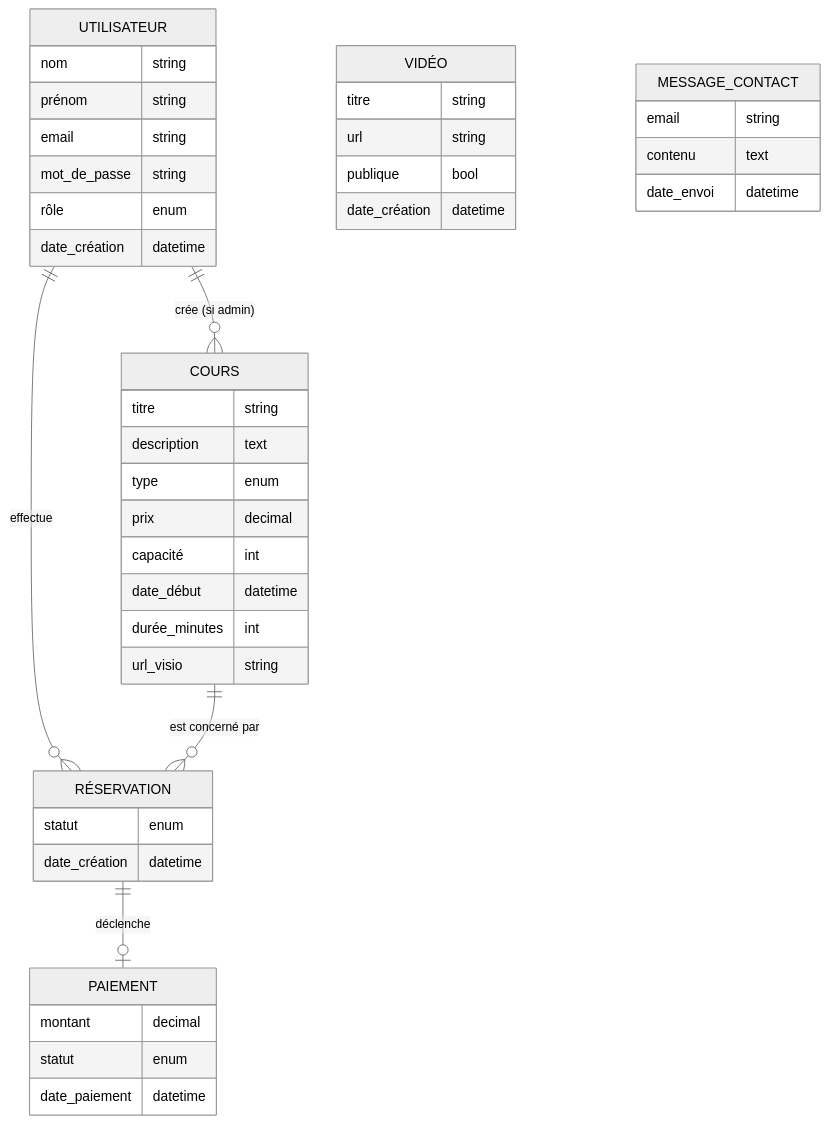
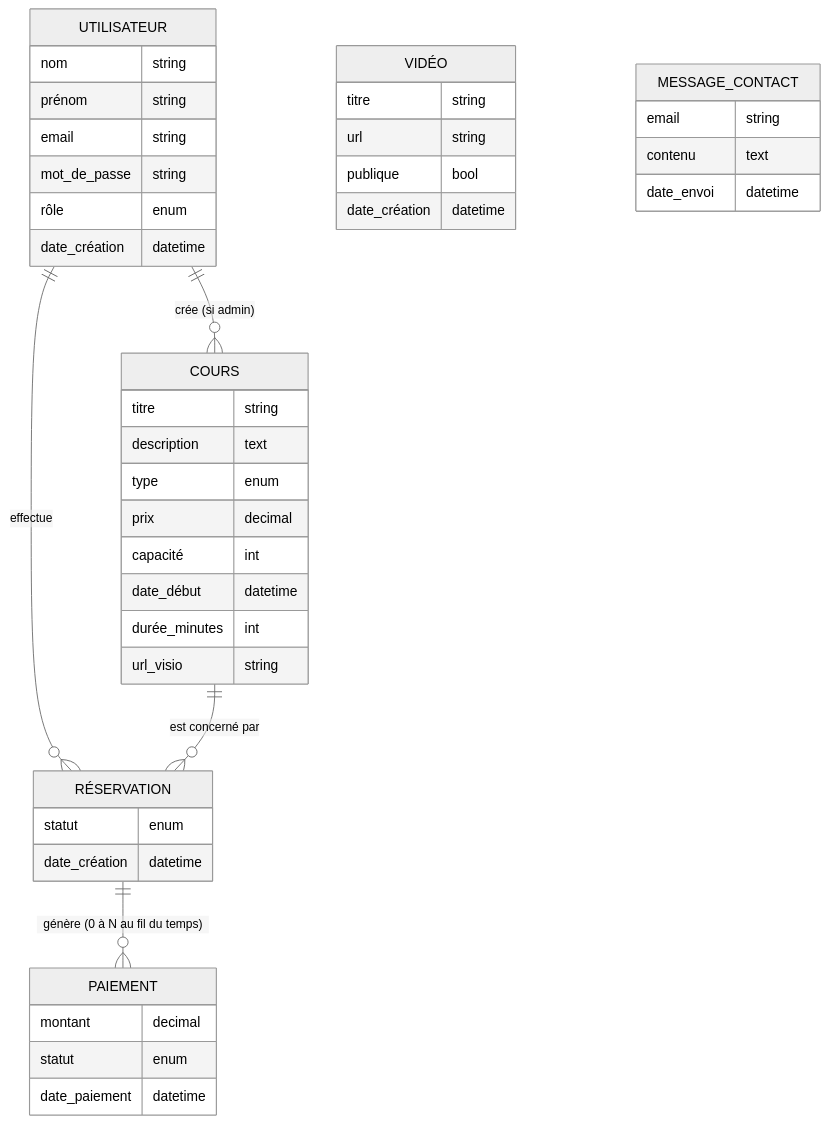
The diagram in MERISE.md (daddacameliayasmine-oss/JasmineTeacher-backend), drawn with Mermaid (neutral theme) before and after one commit. The commit also changed other lines of this file, not shown here.

````diff
--- a/MERISE.md
+++ b/MERISE.md
@@ -13,51 +15,51 @@
 ```mermaid
 erDiagram
     UTILISATEUR ||--o{ COURS : "crée (si admin)"
     UTILISATEUR ||--o{ RÉSERVATION : "effectue"
     COURS ||--o{ RÉSERVATION : "est concerné par"
-    RÉSERVATION ||--o| PAIEMENT : "déclenche"
+    RÉSERVATION ||--o{ PAIEMENT : "génère (0 à N au fil du temps)"
 
     UTILISATEUR {
         nom string
         prénom string
         email string
         mot_de_passe string
         rôle enum
         date_création datetime
     }
 
     COURS {
         titre string
         description text
         type enum
         prix decimal
         capacité int
         date_début datetime
         durée_minutes int
         url_visio string
     }
 
     RÉSERVATION {
         statut enum
         date_création datetime
     }
 
     PAIEMENT {
         montant decimal
         statut enum
         date_paiement datetime
     }
 
     VIDÉO {
         titre string
         url string
         publique bool
         date_création datetime
     }
 
     MESSAGE_CONTACT {
         email string
         contenu text
         date_envoi datetime
     }
 ```
````
